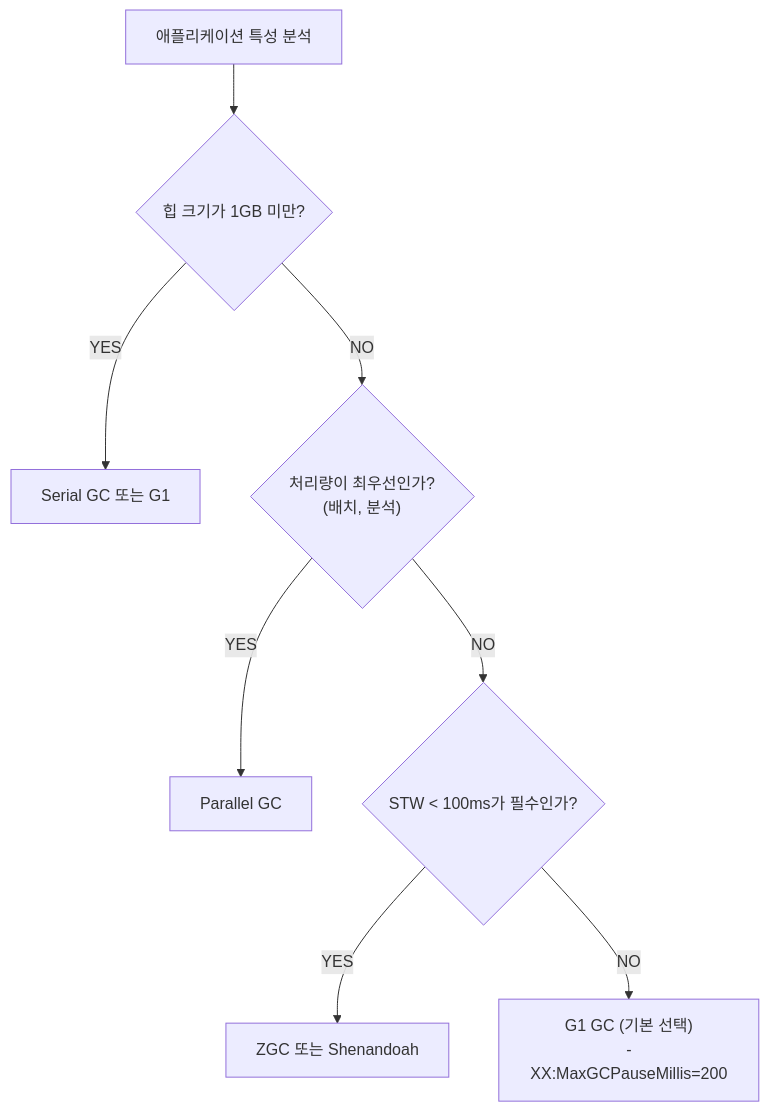
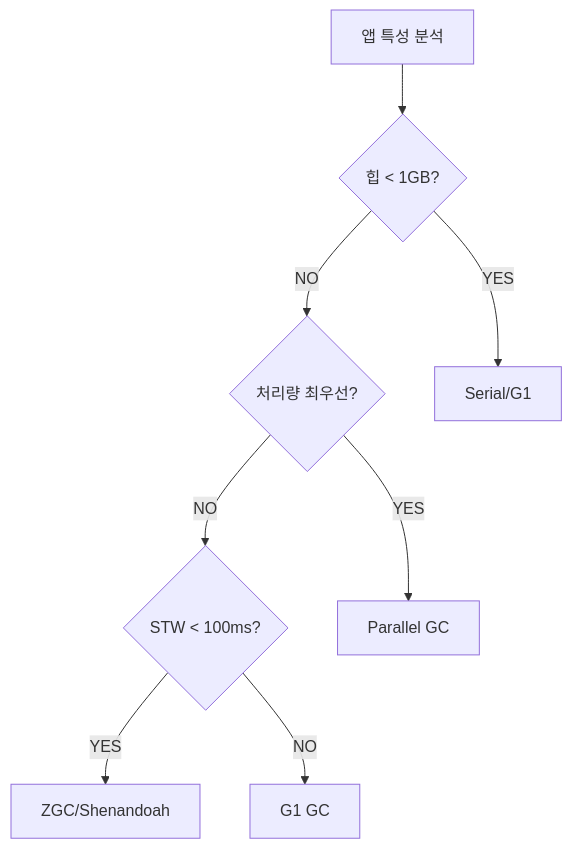
Before and after one commit to yjkim2015/yjkim2015.github.io: diagram 26 of 29 in _posts/java/2026-05-01-java-garbage-collector.md, drawn with Mermaid. The commit also changed other lines of this file and 215 other files, not shown here.

First line of the commit message:
신규 포스트 10개 추가 + Mermaid 전면 축소 + SystemDesign 시리즈 보강

````diff
--- a/_posts/java/2026-05-01-java-garbage-collector.md
+++ b/_posts/java/2026-05-01-java-garbage-collector.md
@@ -906,19 +822,14 @@
 ```mermaid
 graph TD
-    START["애플리케이션 특성 분석"]
-    Q1{"힙 크기가 1GB 미만?"}
-    A1["Serial GC 또는 G1"]
-    Q2{"처리량이 최우선인가?\n(배치, 분석)"}
-    A2["Parallel GC"]
-    Q3{"STW &lt; 100ms가 필수인가?"}
-    A3["ZGC 또는 Shenandoah"]
-    A4["G1 GC (기본 선택)\n-XX:MaxGCPauseMillis=200"]
-
-    START --> Q1
-    Q1 -->|YES| A1
+    S["앱 특성 분석"]
+    Q1{"힙 < 1GB?"}
+    Q2{"처리량 최우선?"}
+    Q3{"STW < 100ms?"}
+    S --> Q1
+    Q1 -->|YES| A1["Serial/G1"]
     Q1 -->|NO| Q2
-    Q2 -->|YES| A2
+    Q2 -->|YES| A2["Parallel GC"]
     Q2 -->|NO| Q3
-    Q3 -->|YES| A3
-    Q3 -->|NO| A4
+    Q3 -->|YES| A3["ZGC/Shenandoah"]
+    Q3 -->|NO| A4["G1 GC"]
 ```
````
